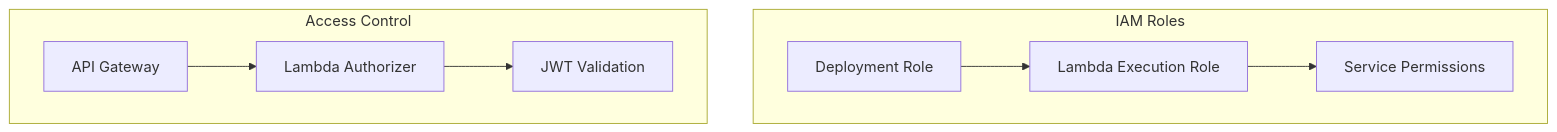
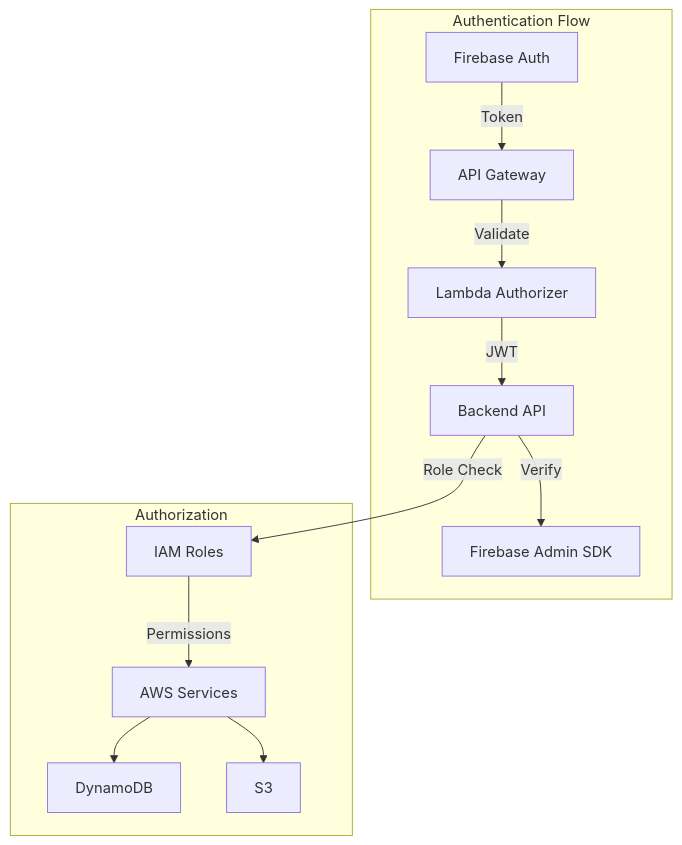
Before and after one commit to djm81/ai-wizard: the sixth of 6 diagrams in docs/development/codebase_summary.md, drawn with Mermaid. The commit also changed other lines of this file and 18 other files, not shown here.

````diff
--- a/docs/development/codebase_summary.md
+++ b/docs/development/codebase_summary.md
@@ -149,12 +175,16 @@
 ```mermaid
 graph TB
-    subgraph "IAM Roles"
-        A[Deployment Role] --> B[Lambda Execution Role]
-        B --> C[Service Permissions]
+    subgraph "Authentication Flow"
+        F1[Firebase Auth] --> |Token| A1[API Gateway]
+        A1 --> |Validate| L1[Lambda Authorizer]
+        L1 --> |JWT| B1[Backend API]
+        B1 --> |Verify| F2[Firebase Admin SDK]
     end
 
-    subgraph "Access Control"
-        D[API Gateway] --> E[Lambda Authorizer]
-        E --> F[JWT Validation]
+    subgraph "Authorization"
+        B1 --> |Role Check| R1[IAM Roles]
+        R1 --> |Permissions| S1[AWS Services]
+        S1 --> D1[DynamoDB]
+        S1 --> S2[S3]
     end
 ```
````
